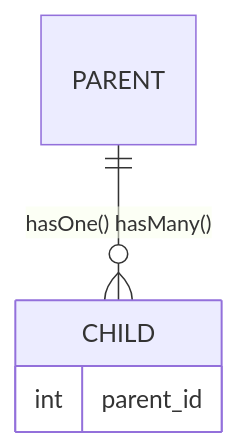
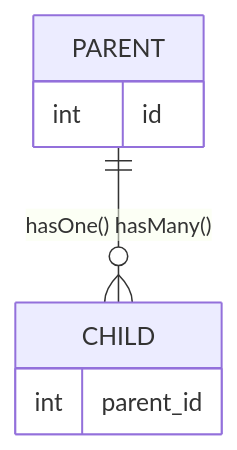
Before and after one commit to judgej/laravel-stuff: the diagram in one-to-many.mermaid, drawn with Mermaid.

```diff
--- a/one-to-many.mermaid
+++ b/one-to-many.mermaid
@@ -1,5 +1,8 @@
 erDiagram
     PARENT ||--o{ CHILD : "hasOne() hasMany()"
     CHILD {
         int parent_id
     }
+    PARENT {
+        int id
+    }
```
